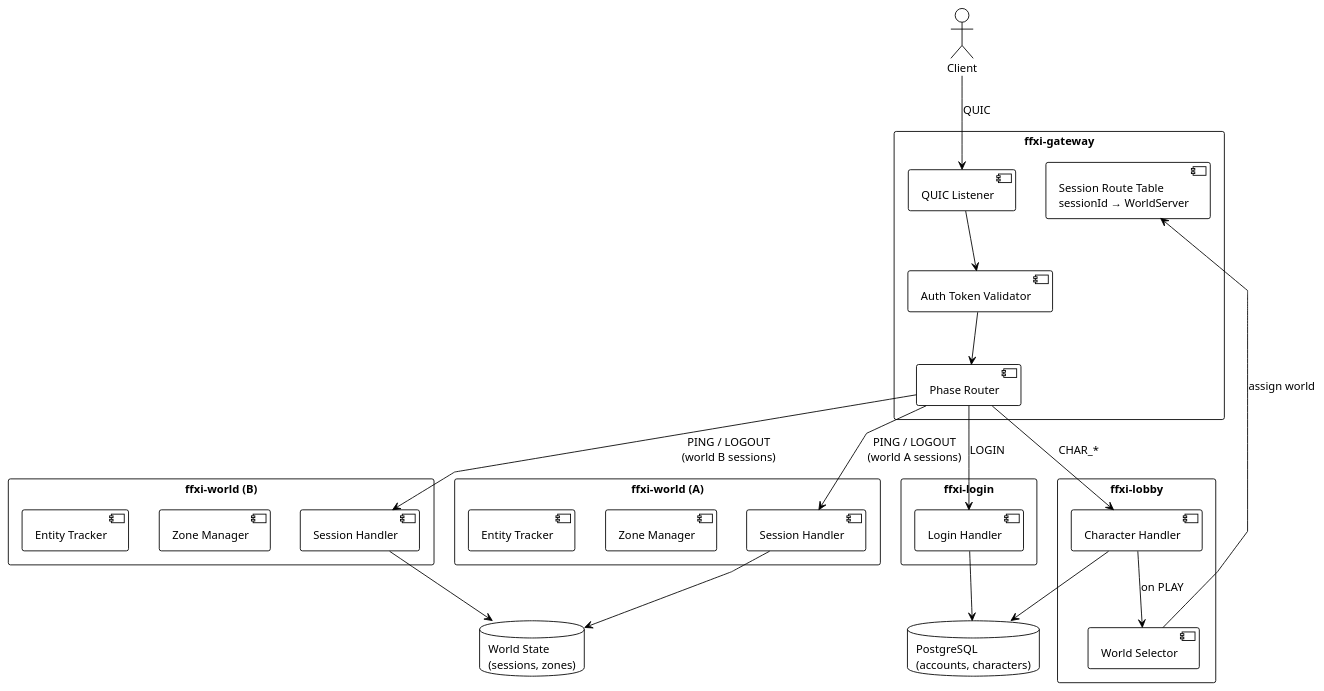
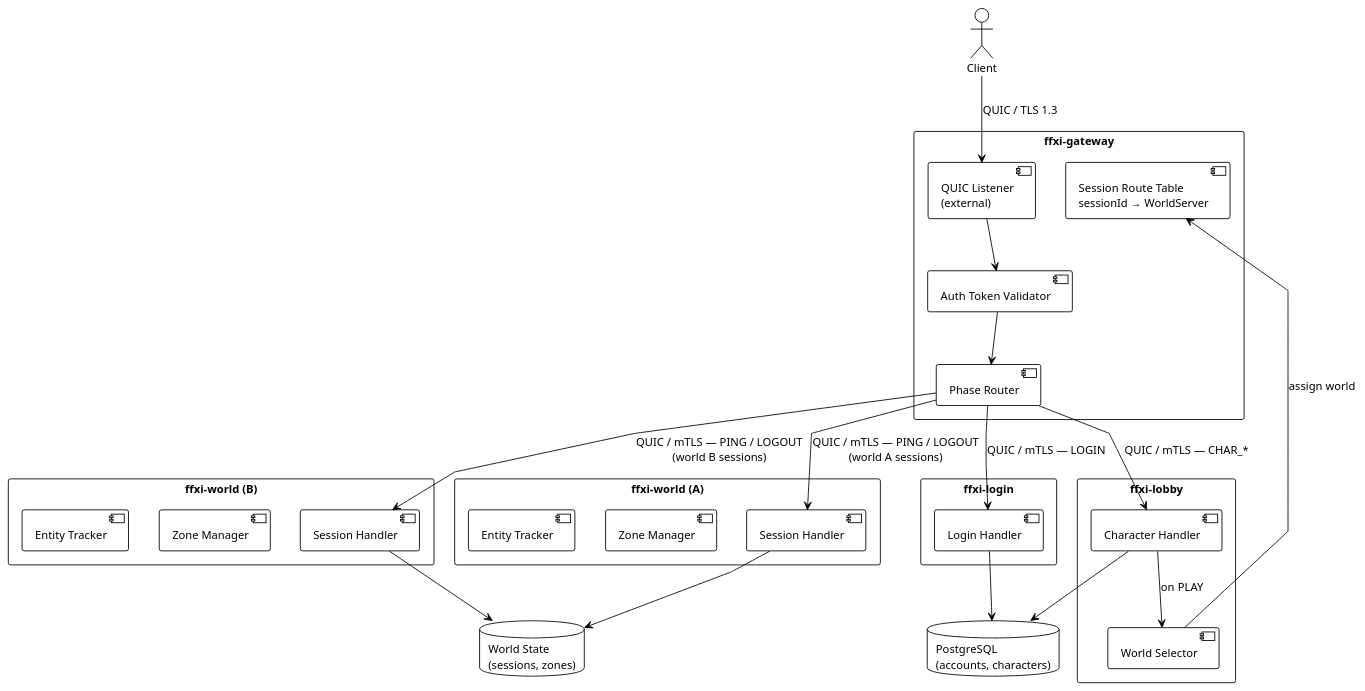
Before and after one commit to TheStackTraceWhisperer/catalyst: the fourth of 8 diagrams in docs/network-architecture.md, drawn with PlantUML. The commit also changed other lines of this file, not shown here.

First line of the commit message:
Update network architecture: QUIC throughout, internal trust model

````diff
--- a/docs/network-architecture.md
+++ b/docs/network-architecture.md
@@ -91,54 +164,54 @@
 ```plantuml
 @startuml multiserver
 !theme plain
 skinparam defaultFontSize 13
 skinparam linetype polyline
 
 actor Client
 
 rectangle "ffxi-gateway" as GW {
-  component [QUIC Listener] as QL
+  component [QUIC Listener\n(external)] as QL
   component [Auth Token Validator] as ATV
   component [Phase Router] as PR
   component [Session Route Table\nsessionId → WorldServer] as RT
 }
 
 rectangle "ffxi-login" as LS {
   component [Login Handler] as LH
 }
 
 rectangle "ffxi-lobby" as LBS {
   component [Character Handler] as CH
-  component [World Selector] as WS
+  component [World Selector] as WSel
 }
 
 rectangle "ffxi-world (A)" as WA {
   component [Session Handler] as SHA
   component [Zone Manager] as ZMA
   component [Entity Tracker] as ETA
 }
 
 rectangle "ffxi-world (B)" as WB {
   component [Session Handler] as SHB
   component [Zone Manager] as ZMB
   component [Entity Tracker] as ETB
 }
 
 database "PostgreSQL\n(accounts, characters)" as DB
 database "World State\n(sessions, zones)" as WST
 
-Client --> QL : QUIC
+Client --> QL : QUIC / TLS 1.3
 QL --> ATV
 ATV --> PR
-PR --> LH : LOGIN
-PR --> CH : CHAR_*
-CH --> WS : on PLAY
-WS --> RT : assign world
-PR --> SHA : PING / LOGOUT\n(world A sessions)
-PR --> SHB : PING / LOGOUT\n(world B sessions)
+PR --> LH : QUIC / mTLS — LOGIN
+PR --> CH : QUIC / mTLS — CHAR_*
+CH --> WSel : on PLAY
+WSel --> RT : assign world
+PR --> SHA : QUIC / mTLS — PING / LOGOUT\n(world A sessions)
+PR --> SHB : QUIC / mTLS — PING / LOGOUT\n(world B sessions)
 LH --> DB
 CH --> DB
 SHA --> WST
 SHB --> WST
 @enduml
 ```
````
